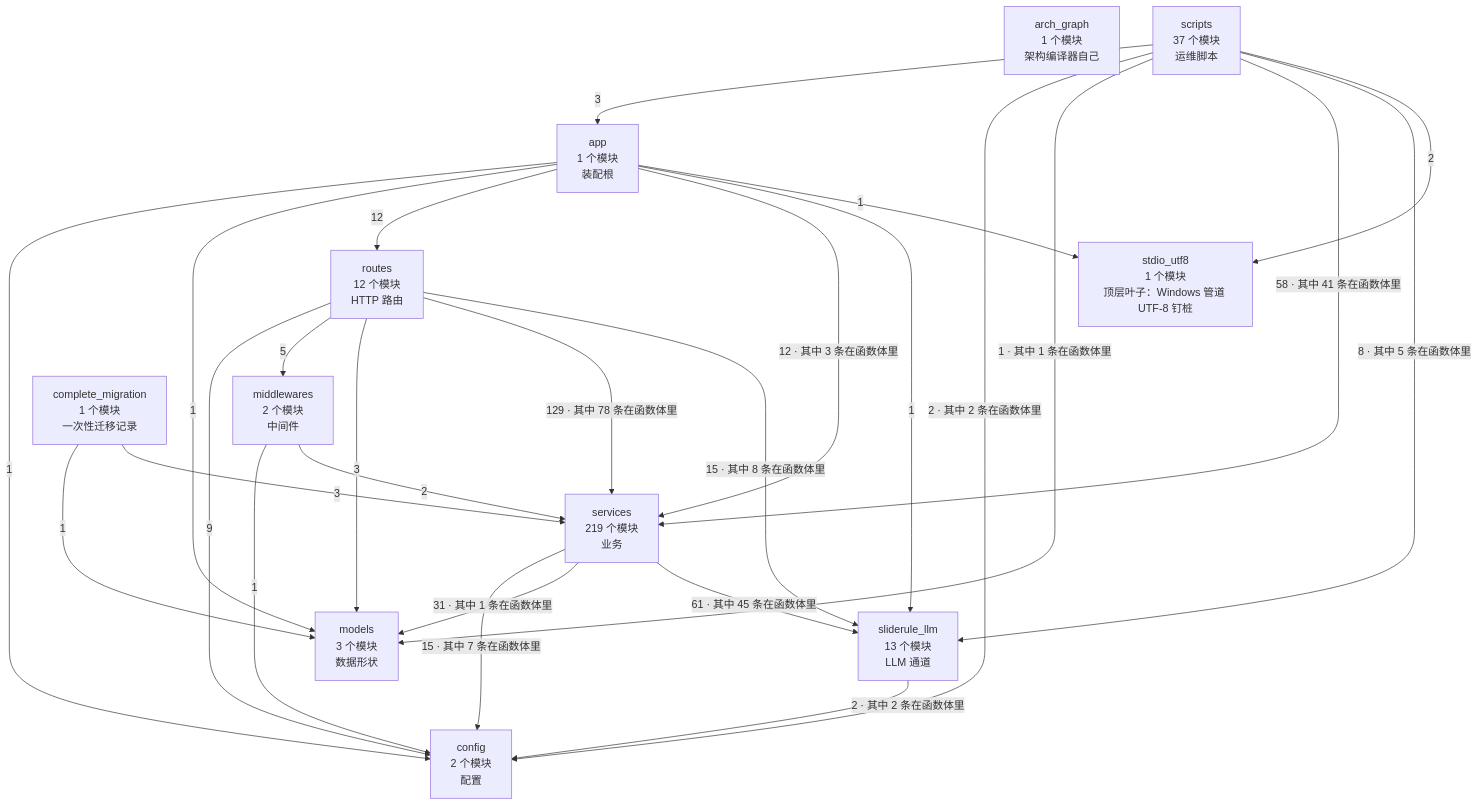
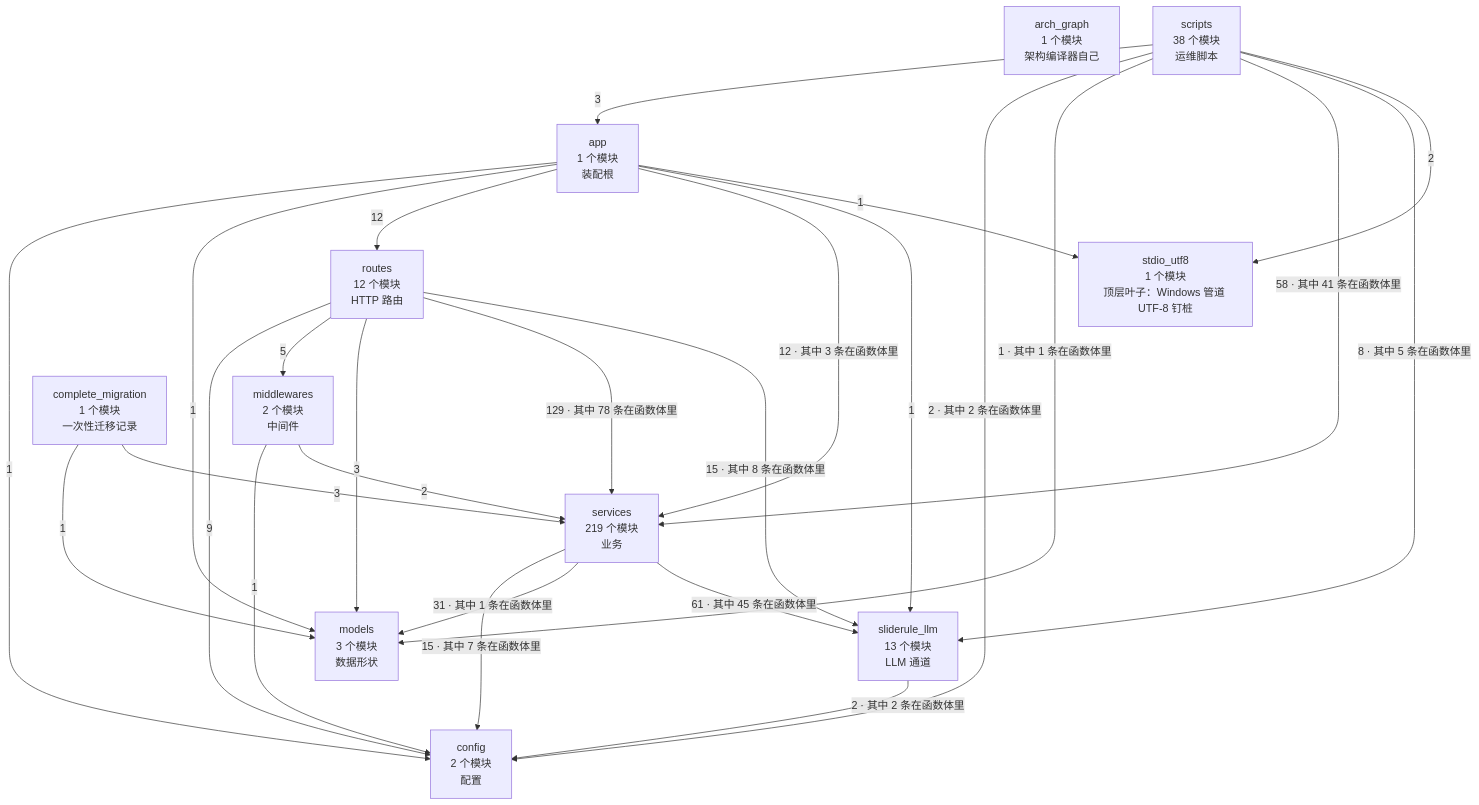
The second of 4 diagrams in docs/SlideRule V6.2 架构图（自动生成）.md (2686521696/WhyBuddy), drawn with Mermaid before and after one commit. The commit also changed other lines of this file and 1 other file, not shown here.

Commit message:
四张图跟上这一轮的源码改动
`sliderule_full.py`（建会话兜底 goal）与 `rehearsal_control.py`（诊断日志、
守卫换判据）改完没重跑生成器，两条同步闸红。用新入口 `npm run arch:emit`
一次生成四张。test_architecture 74 条全绿。

Claude-Session: https://claude.ai/code/session_01AQxHC9YxmoDQfa57ugR1mn

````diff
--- a/docs/SlideRule V6.2 架构图（自动生成）.md
+++ b/docs/SlideRule V6.2 架构图（自动生成）.md
@@ -60,39 +60,39 @@
 ```mermaid
 flowchart TB
   arch_graph["arch_graph<br/>1 个模块<br/>架构编译器自己"]
   config["config<br/>2 个模块<br/>配置"]
   models["models<br/>3 个模块<br/>数据形状"]
   stdio_utf8["stdio_utf8<br/>1 个模块<br/>顶层叶子：Windows 管道 UTF-8 钉桩"]
   sliderule_llm["sliderule_llm<br/>13 个模块<br/>LLM 通道"]
   middlewares["middlewares<br/>2 个模块<br/>中间件"]
   services["services<br/>219 个模块<br/>业务"]
   routes["routes<br/>12 个模块<br/>HTTP 路由"]
   app["app<br/>1 个模块<br/>装配根"]
   complete_migration["complete_migration<br/>1 个模块<br/>一次性迁移记录"]
-  scripts["scripts<br/>37 个模块<br/>运维脚本"]
+  scripts["scripts<br/>38 个模块<br/>运维脚本"]
   app -->|1| config
   app -->|1| models
   app -->|12| routes
   app -->|12 · 其中 3 条在函数体里| services
   app -->|1| sliderule_llm
   app -->|1| stdio_utf8
   complete_migration -->|1| models
   complete_migration -->|3| services
   middlewares -->|1| config
   middlewares -->|2| services
   routes -->|9| config
   routes -->|5| middlewares
   routes -->|3| models
   routes -->|129 · 其中 78 条在函数体里| services
   routes -->|15 · 其中 8 条在函数体里| sliderule_llm
   scripts -->|3| app
   scripts -->|2 · 其中 2 条在函数体里| config
   scripts -->|1 · 其中 1 条在函数体里| models
   scripts -->|58 · 其中 41 条在函数体里| services
   scripts -->|8 · 其中 5 条在函数体里| sliderule_llm
   scripts -->|2| stdio_utf8
   services -->|15 · 其中 7 条在函数体里| config
   services -->|31 · 其中 1 条在函数体里| models
   services -->|61 · 其中 45 条在函数体里| sliderule_llm
   sliderule_llm -->|2 · 其中 2 条在函数体里| config
 ```
````
